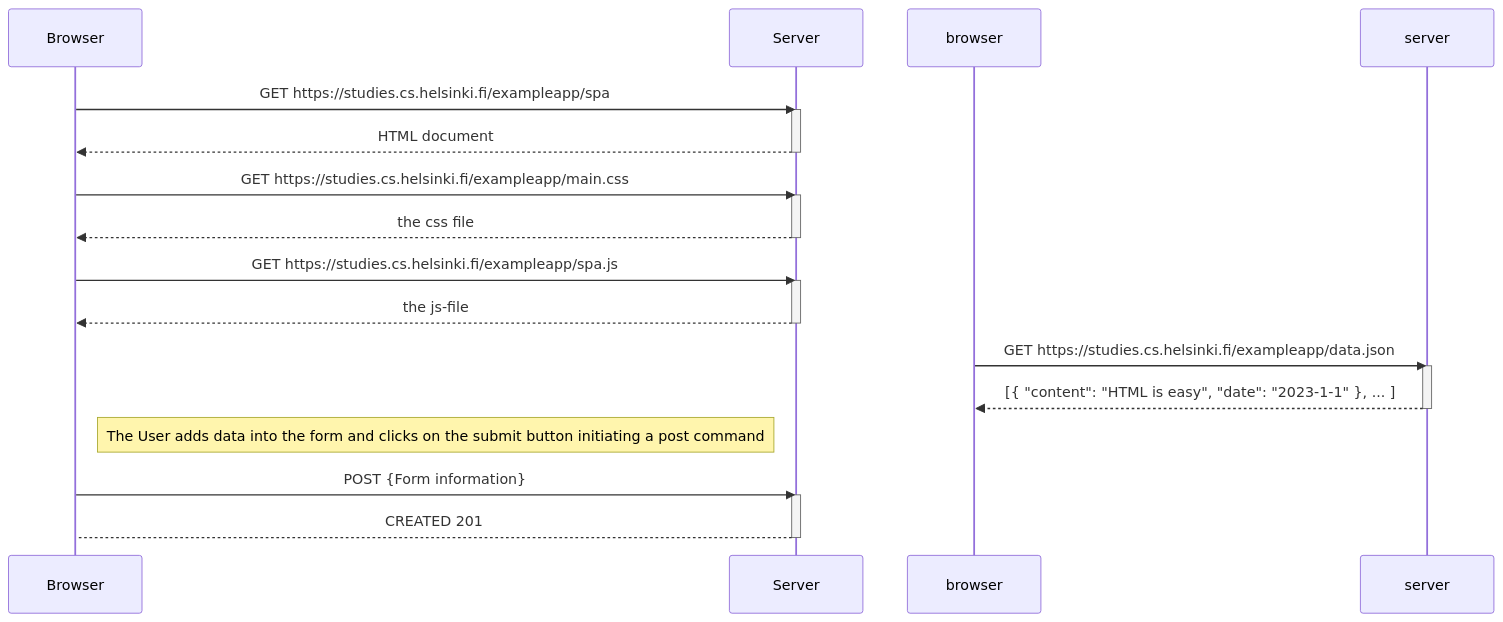
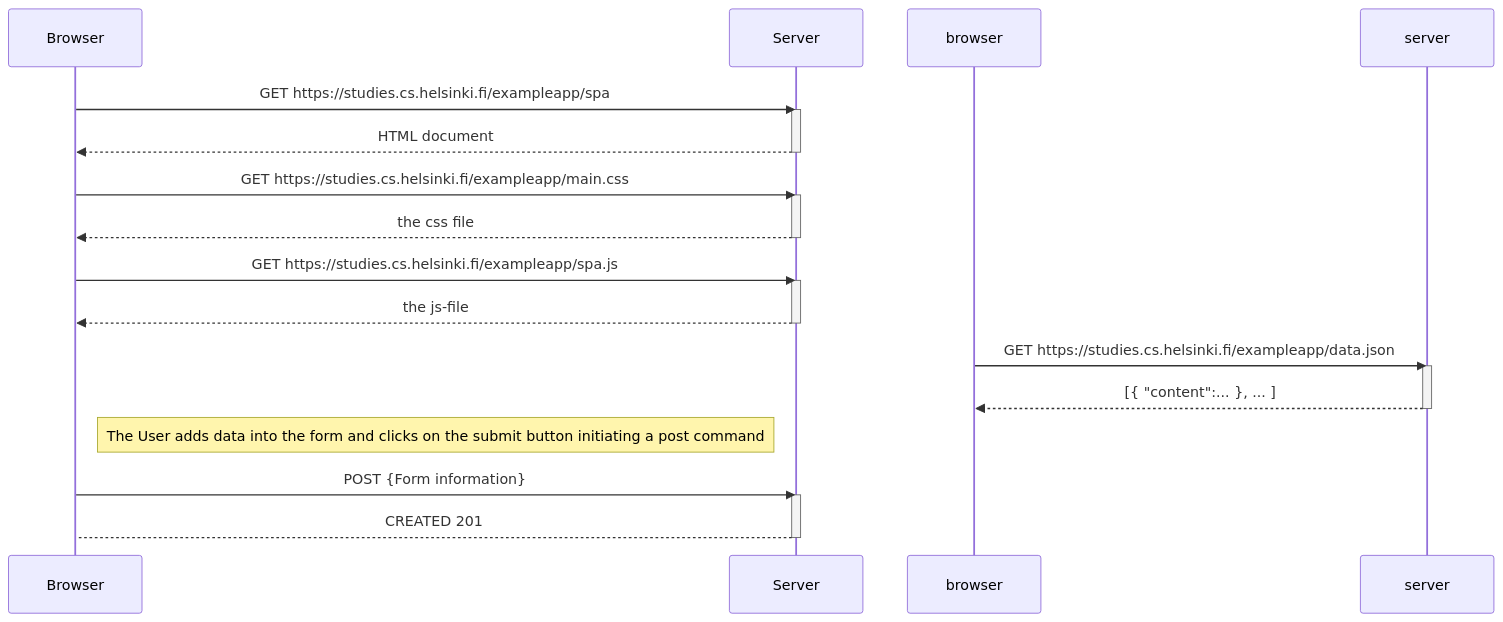
The diagram in 0.6Kaavio.md (seculoseculorum/FullStack_Osa0), drawn with Mermaid before and after one commit.

````diff
--- a/0.6Kaavio.md
+++ b/0.6Kaavio.md
@@ -1,33 +1,33 @@
 ```mermaid
 sequenceDiagram
     participant Browser
     participant Server
     
     Browser->>Server: GET https://studies.cs.helsinki.fi/exampleapp/spa
     activate Server
     Server-->>Browser: HTML document
     deactivate Server
     
     Browser->>Server: GET https://studies.cs.helsinki.fi/exampleapp/main.css
     activate Server
     Server-->>Browser: the css file
     deactivate Server
 
     Browser->>Server: GET https://studies.cs.helsinki.fi/exampleapp/spa.js
     activate Server
     Server-->>Browser: the js-file
     deactivate Server
 
     browser->>server: GET https://studies.cs.helsinki.fi/exampleapp/data.json
     activate server
-    server-->>browser: [{ "content": "HTML is easy", "date": "2023-1-1" }, ... ]
+    server-->>browser: [{ "content":... }, ... ]
     deactivate server    
     
 
     Note right of Browser: The User adds data into the form and clicks on the submit button initiating a post command
 
     Browser->>Server: POST {Form information}
     activate Server
     Server-->Browser: CREATED 201
     deactivate Server 
 ```
````
